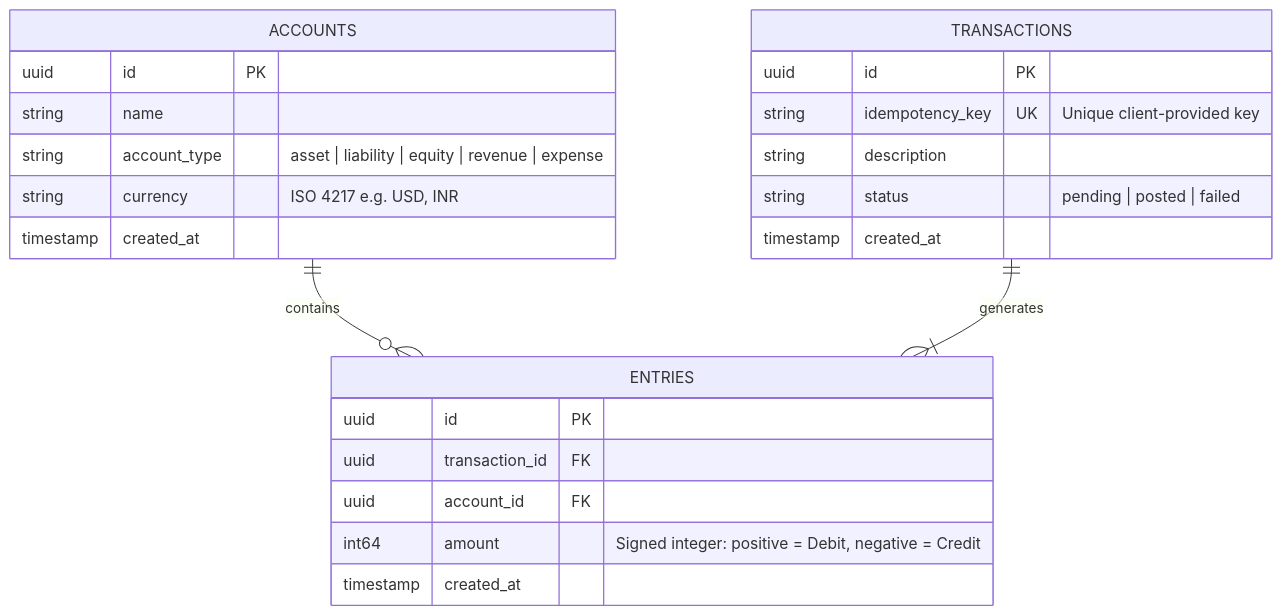
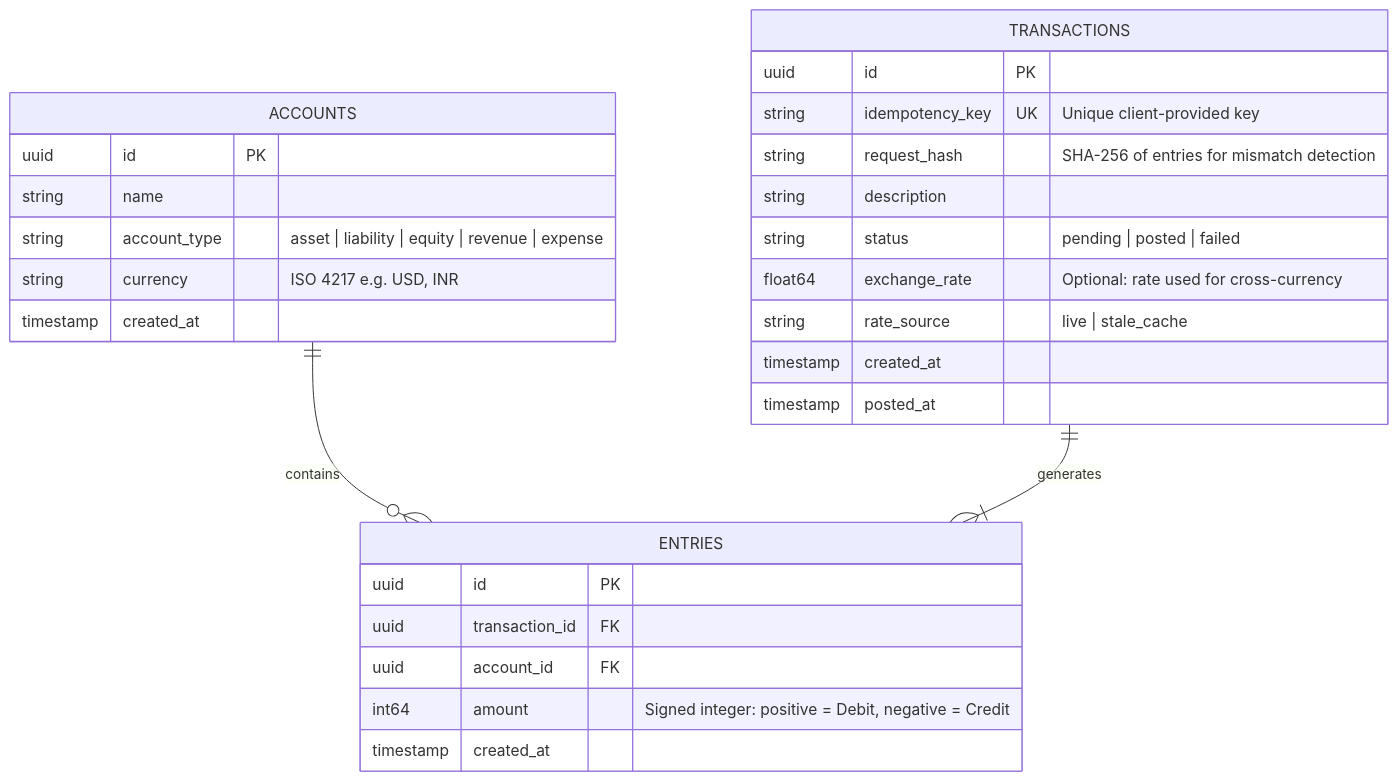
Before and after one commit to MazumdarAyush07/payment-ledger-system: the first of 2 diagrams in docs/ARCHITECTURE_AND_DESIGN.md, drawn with Mermaid. The commit also changed other lines of this file and 6 other files, not shown here.

````diff
--- a/docs/ARCHITECTURE_AND_DESIGN.md
+++ b/docs/ARCHITECTURE_AND_DESIGN.md
@@ -57,29 +57,33 @@
 ```mermaid
 erDiagram
     ACCOUNTS ||--o{ ENTRIES : contains
     TRANSACTIONS ||--|{ ENTRIES : generates
 
     ACCOUNTS {
         uuid id PK
         string name
         string account_type "asset | liability | equity | revenue | expense"
         string currency "ISO 4217 e.g. USD, INR"
         timestamp created_at
     }
 
     TRANSACTIONS {
         uuid id PK
         string idempotency_key UK "Unique client-provided key"
+        string request_hash "SHA-256 of entries for mismatch detection"
         string description
         string status "pending | posted | failed"
+        float64 exchange_rate "Optional: rate used for cross-currency"
+        string rate_source "live | stale_cache"
         timestamp created_at
+        timestamp posted_at
     }
 
     ENTRIES {
         uuid id PK
         uuid transaction_id FK
         uuid account_id FK
         int64 amount "Signed integer: positive = Debit, negative = Credit"
         timestamp created_at
     }
 ```
````
